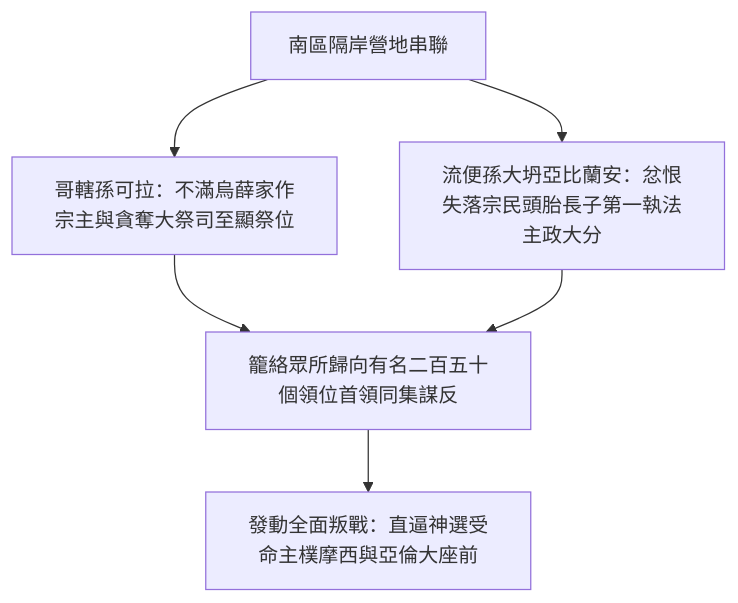
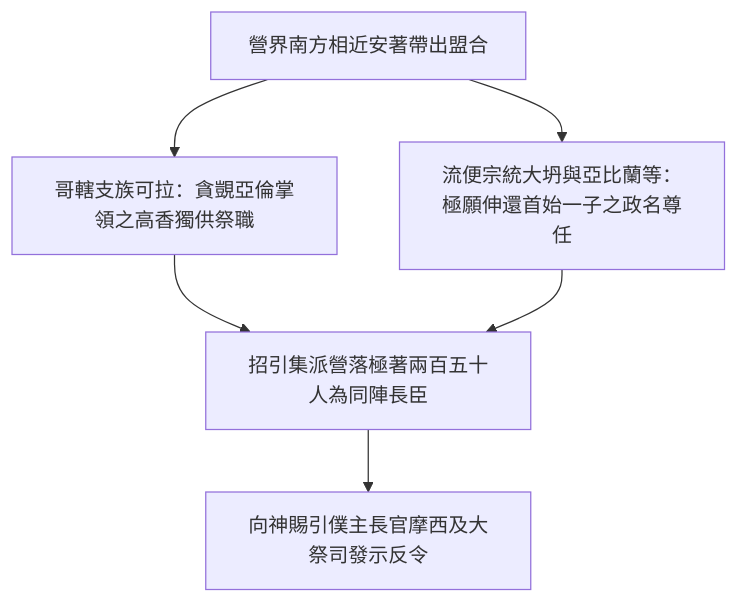
The first of 4 diagrams in 04 民數記/第16章.md (andyjr5566/Bible_wiki_zh), drawn with Mermaid before and after one commit. The commit also changed other lines of this file and 22 other files, not shown here.

````diff
--- a/04 民數記/第16章.md
+++ b/04 民數記/第16章.md
@@ -88,8 +90,8 @@
 ```mermaid
 flowchart TD
-    A["南區隔岸營地串聯"] --> B["哥轄孫可拉：不滿烏薛家作宗主與貪奪大祭司至顯祭位"]
-    A --> C["流便孫大坍亞比蘭安：忿恨失落宗民頭胎長子第一執法主政大分"]
-    B --> D["籠絡眾所歸向有名二百五十個領位首領同集謀反"]
+    A["營界南方相近安著帶出盟合"] --> B["哥轄支族可拉：貪覬亞倫掌領之高香獨供祭職"]
+    A --> C["流便宗統大坍與亞比蘭等：極願伸還首始一子之政名尊任"]
+    B --> D["招引集派營落極著兩百五十人為同陣長臣"]
     C --> D
-    D --> E["發動全面叛戰：直逼神選受命主樸摩西與亞倫大座前"]
+    D --> E["向神賜引僕主長官摩西及大祭司發示反令"]
 ```
````
